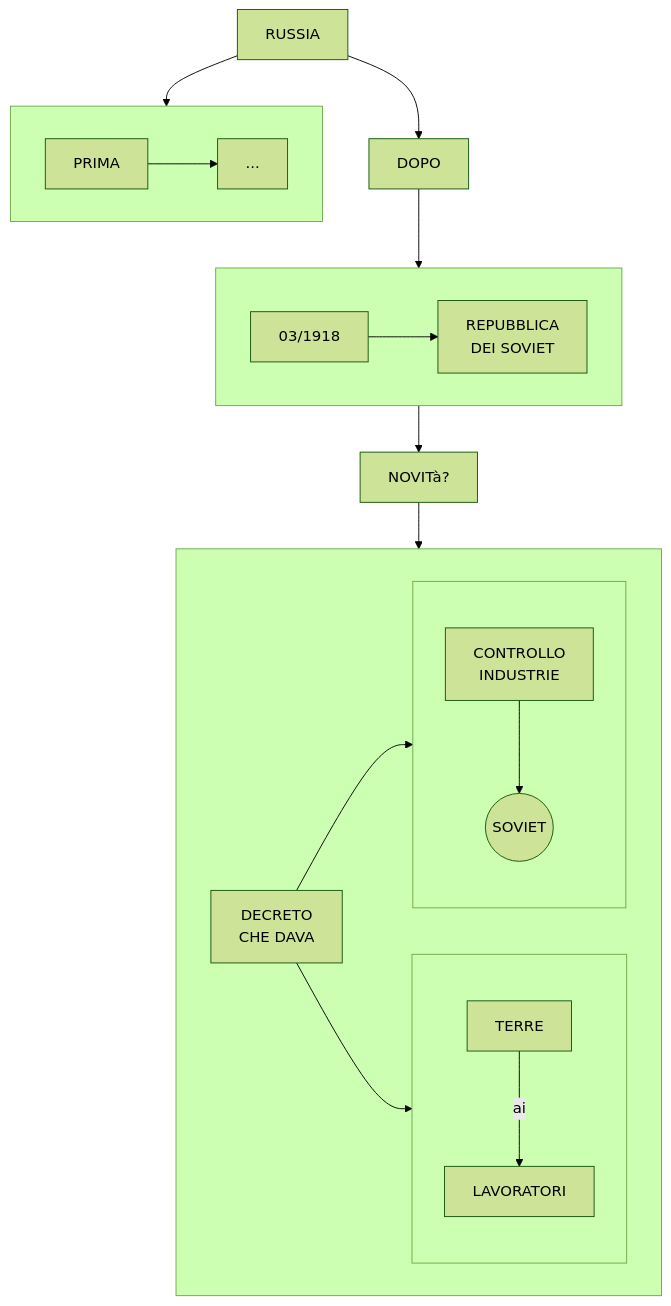
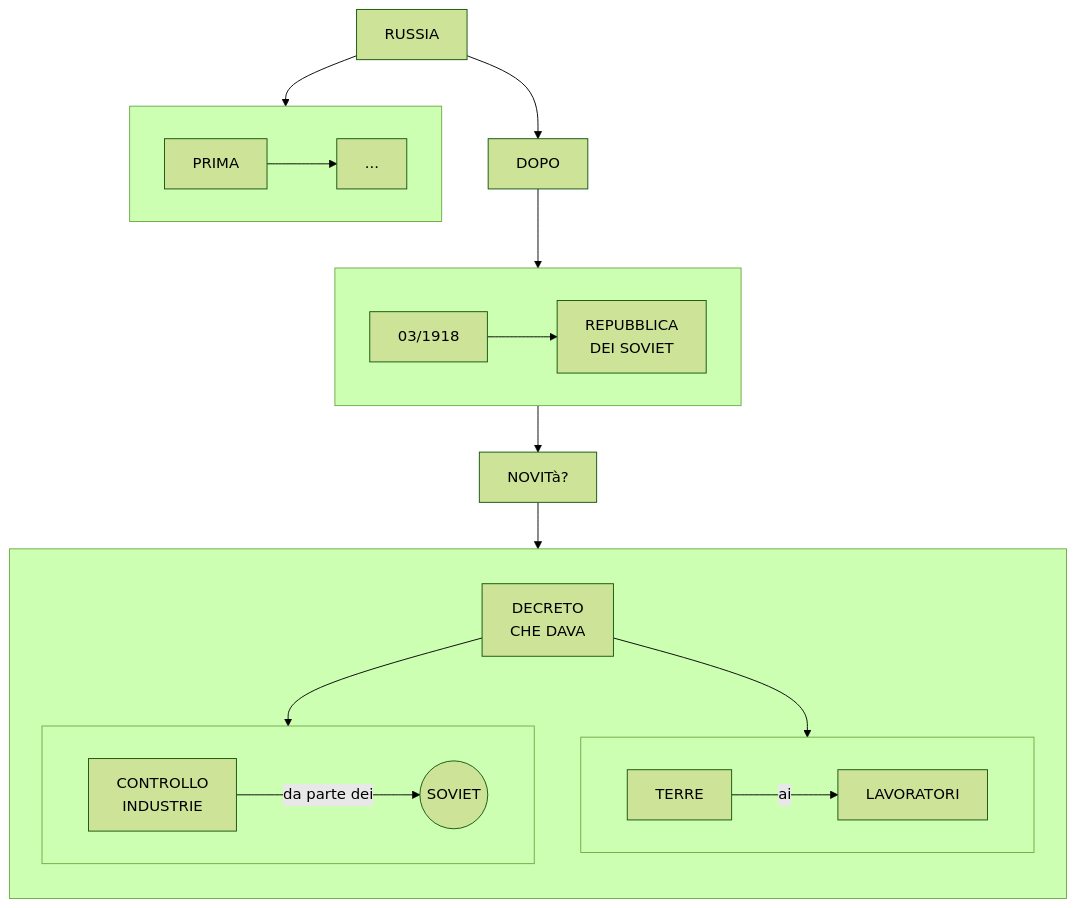
The second of 2 diagrams in stalinismo.md (Laaouatni/ricerca-storia-MermaidJS), drawn with Mermaid (forest theme) before and after one commit.

````diff
--- a/stalinismo.md
+++ b/stalinismo.md
@@ -34,29 +34,30 @@
 ```mermaid
 flowchart TB
     0[RUSSIA]
     subgraph 01[" "]
         010[PRIMA] -->
         0100[...]
     end
     02[DOPO]
     subgraph 020[" "]
         0200[03/1918] -->
         02000[REPUBBLICA <br> DEI SOVIET]
     end
     03[NOVITà?]
     subgraph 033[" "]
+        direction TB
         030[DECRETO <br> CHE DAVA]
         subgraph 031[" "]
             0310[TERRE] --> |ai| 03100[LAVORATORI]
         end
         subgraph 032[" "]
             0320[CONTROLLO<br>INDUSTRIE]
             03200((SOVIET))
-            0320 --> 03200
+            0320 -->|da parte dei| 03200
         end
         030 --> 031 & 032
     end
     0 --> 01
     0 --> 02 --> 020
     020 --> 03 --> 033
 ```
````
